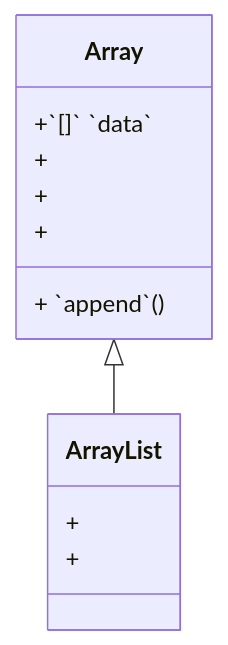
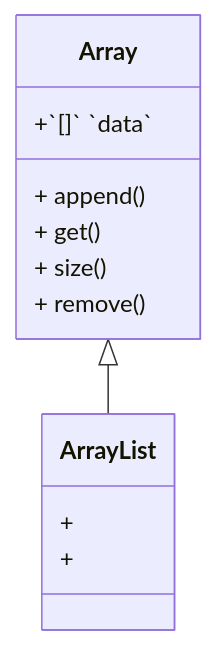
The diagram in .swm/arraylist.qpoj4aub.sw.md (Ivango128/ArrayList), drawn with Mermaid before and after one commit. The commit also changed other lines of this file, not shown here.

Commit message:
docs(swimm): update doc: "Класс ArrayList"

````diff
--- a/.swm/arraylist.qpoj4aub.sw.md
+++ b/.swm/arraylist.qpoj4aub.sw.md
@@ -64,14 +64,14 @@
 ```mermaid
 classDiagram
 `Array` <|-- `ArrayList`
 `Array`: +`[]` `data`
-`Array`: + `append`()
-`Array`: +
-`Array`: +
-`Array`: +
+`Array`: + append()
+`Array`: + get()
+`Array`: + size()
+`Array`: + remove()
 class `ArrayList`{
 +
 +
 }
 
 ```
````
